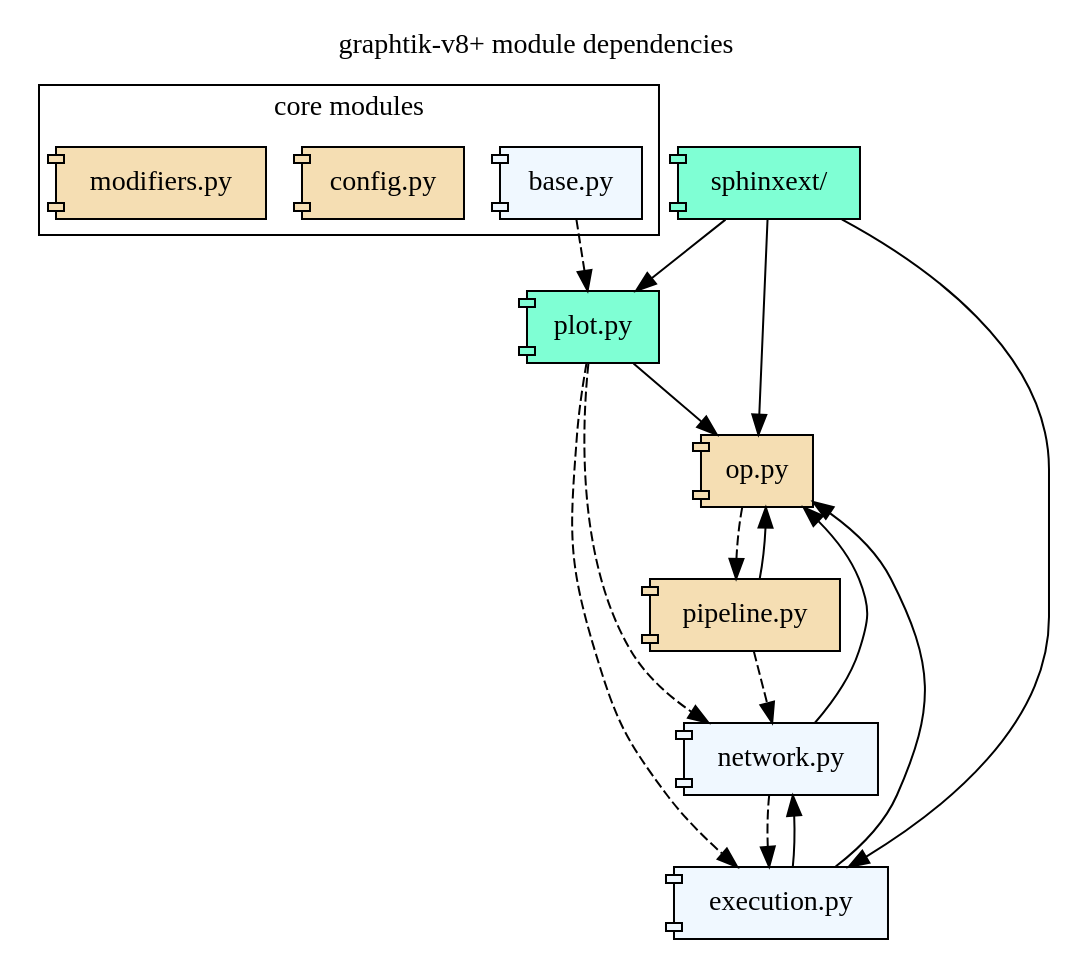
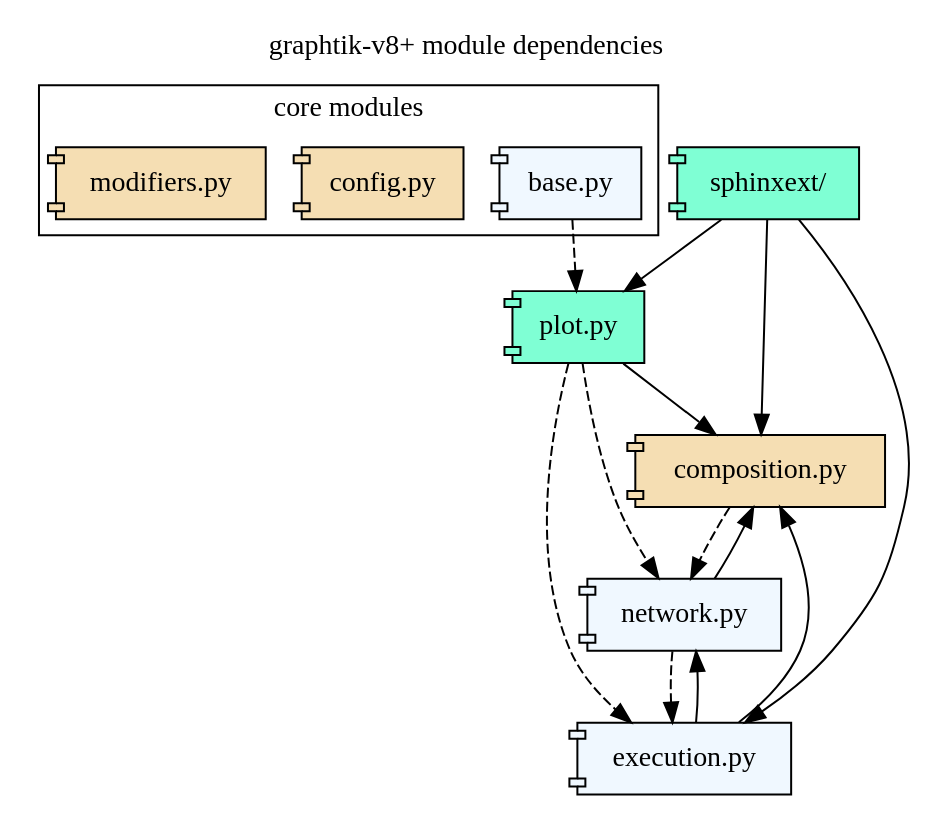
The diagram in docs/GraphtikModuleDependencies.dot (wgmo/graphtik), drawn with Graphviz before and after one commit. The commit also changed 1 other file, not shown here.

Commit message:
doc(modeps); update modules diagram with composition.py

```diff
--- a/docs/GraphtikModuleDependencies.dot
+++ b/docs/GraphtikModuleDependencies.dot
@@ -1,58 +1,53 @@
 # Render it manually with this command, and remember to update result in git:
 #
 #   dot docs/GraphtikFlowchart.dot -Tsvg -odocs/source/images/GraphtikFlowchart-vX.Y.Z.svg
 #
 digraph {
     label="graphtik-v8+ module dependencies";
     labelloc=t;
     node [style=filled];
 
     subgraph cluster_core {
          label="core modules";
         "base.py"   [shape=component
                     tooltip="(implicit) everything imports this module"
                     fillcolor=AliceBlue
                     URL="reference.html#module-graphtik.base"];
         "config.py"      [shape=component tooltip="(public)"
                     fillcolor=wheat
                     URL="reference.html#module-graphtik.config"];
         "modifiers.py"   [shape=component
                  tooltip="(public) almost everything imports this module"
                  fillcolor=wheat
                  URL="reference.html#module-graphtik.modifiers"];
     }
-    "op.py"          [shape=component
+    "composition.py"    [shape=component
                 tooltip="(public)"
                 fillcolor=wheat
                  URL="reference.html#module-graphtik.op"];
     "network.py"     [shape=component
                 tooltip="(private)"
                  fillcolor=AliceBlue
                  URL="reference.html#module-graphtik.network"];
     "execution.py"   [shape=component
                 tooltip="(private)"
                  fillcolor=AliceBlue
                  URL="reference.html#module-graphtik.execution"];
-    "pipeline.py"       [shape=component
-                tooltip="(public)"
-                 fillcolor=wheat
-                 URL="reference.html#module-graphtik.pipeline"];
     "plot.py"        [shape=component
                 tooltip="(extra)"
                  fillcolor=Aquamarine
                  URL="reference.html#module-graphtik.plot"];
     "sphinxext/"   [shape=component
                 tooltip="(extra)"
                  fillcolor=Aquamarine
                  URL="reference.html#module-graphtik.sphinxext"];
 
-    {"pipeline.py", "network.py", "execution.py", "plot.py", "sphinxext/"} -> "op.py" [
+    {"network.py", "execution.py", "plot.py", "sphinxext/"} -> "composition.py" [
                 tooltip="(import-time)"];
     "base.py" -> "plot.py" [tooltip="(run-time)" style=dashed];
     "execution.py" -> "network.py"    [tooltip="(import-time)"];
     "network.py" -> "execution.py"    [tooltip="(run-time)" style=dashed];
-    "pipeline.py" -> "network.py"        [tooltip="(run-time)" style=dashed];
-    "op.py" -> "pipeline.py"        [tooltip="(run-time)" style=dashed];
+    "composition.py" -> "network.py"        [tooltip="(run-time)" style=dashed];
     "plot.py" -> {"network.py", "execution.py"}    [tooltip="(run-time)" style=dashed];
     "sphinxext/" -> {"plot.py", "execution.py"}    [tooltip="(import-time)"];
 }
```
